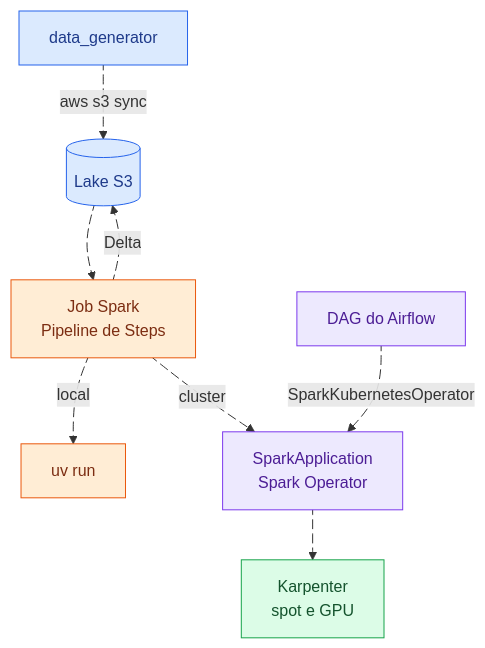
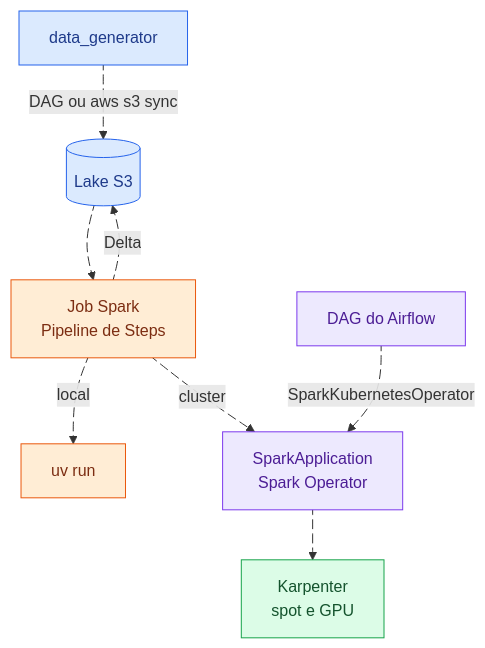
The diagram in README.md (ManuelVenturaNeto/infrastruture-aws-eks), drawn with Mermaid before and after one commit. The commit also changed other lines of this file, not shown here.

Commit message:
docs: document data_generator DAG and spark_job criticality

````diff
--- a/README.md
+++ b/README.md
@@ -8,28 +8,28 @@
 ```mermaid
 flowchart TB
-  G[data_generator] e1@-->|aws s3 sync| L[(Lake S3)]
+  G[data_generator] e1@-->|DAG ou aws s3 sync| L[(Lake S3)]
   L e2@--> J[Job Spark<br/>Pipeline de Steps]
   J e3@-->|Delta| L
   J e4@-.->|local| U[uv run]
   J e5@-.->|cluster| K[SparkApplication<br/>Spark Operator]
   A[DAG do Airflow] e6@-->|SparkKubernetesOperator| K
   K e7@--> N[Karpenter<br/>spot e GPU]
 
   e1@{ animate: true }
   e2@{ animate: true }
   e3@{ animate: true }
   e4@{ animate: true }
   e5@{ animate: true }
   e6@{ animate: true }
   e7@{ animate: true }
 
   classDef data fill:#dbeafe,stroke:#2563eb,color:#1e3a8a
   classDef compute fill:#ffedd5,stroke:#ea580c,color:#7c2d12
   classDef orchestration fill:#ede9fe,stroke:#7c3aed,color:#4c1d95
   classDef infra fill:#dcfce7,stroke:#16a34a,color:#14532d
 
   class G,L data
   class J,U compute
   class A,K orchestration
   class N infra
 ```
````
